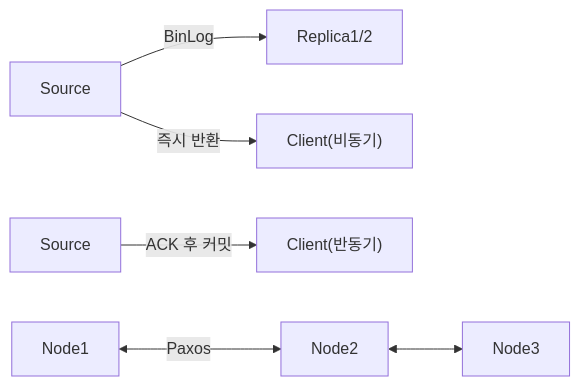
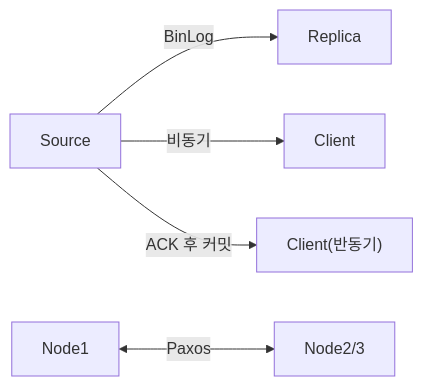
Before and after one commit to yjkim2015/yjkim2015.github.io: diagram 12 of 15 in _posts/db/2026-05-01-db-comparison.md, drawn with Mermaid. The commit also changed other lines of this file and 163 other files, not shown here.

First line of the commit message:
Mermaid 300개 블록 내용 축소: 5노드 5엣지 이하, 의미 있는 약어

````diff
--- a/_posts/db/2026-05-01-db-comparison.md
+++ b/_posts/db/2026-05-01-db-comparison.md
@@ -366,8 +352,7 @@
 ```mermaid
 graph LR
-    S1["Source"] -->|"BinLog"| R1["Replica1/2"]
-    S1 -->|"즉시 반환"| CL1["Client(비동기)"]
-    S2["Source"] -->|"ACK 후 커밋"| CL2["Client(반동기)"]
-    N1["Node1"] <-->|"Paxos"| N2["Node2"]
-    N2 <--> N3["Node3"]
+    S["Source"] -->|"BinLog"| R["Replica"]
+    S -->|"비동기"| CL1["Client"]
+    S -->|"ACK 후 커밋"| CL2["Client(반동기)"]
+    N1["Node1"] <-->|"Paxos"| N2["Node2/3"]
 ```
````
